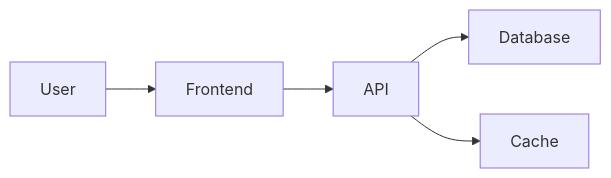
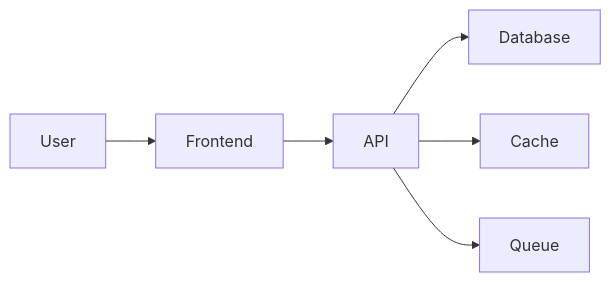
One commit to akshatha1710/github-mermaid-demo changed the diagram in docs/architecture.mmd. Above: the diagram before and after it, drawn with Mermaid. The commit also changed 1 other file, not shown here.

Commit message:
Enhance architecture diagram with cache and queue

````diff
--- a/docs/architecture.mmd
+++ b/docs/architecture.mmd
@@ -1,5 +1,8 @@
+```mermaid
 flowchart LR
     User --> Frontend
     Frontend --> API
     API --> Database
     API --> Cache
+    API --> Queue
+```
````
